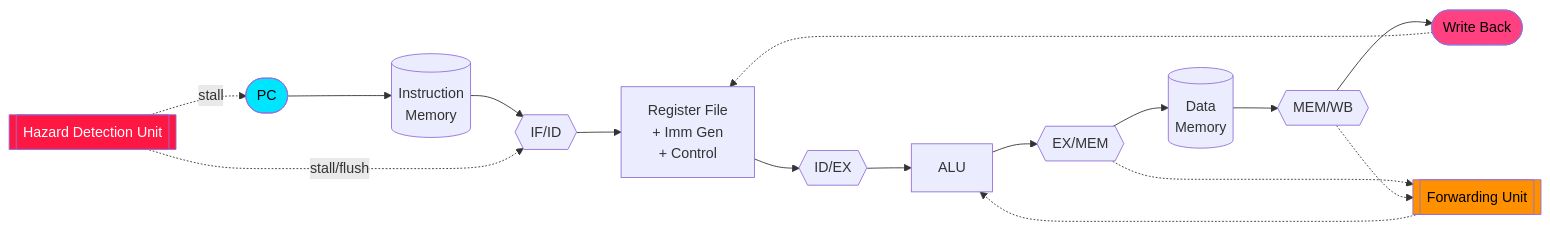
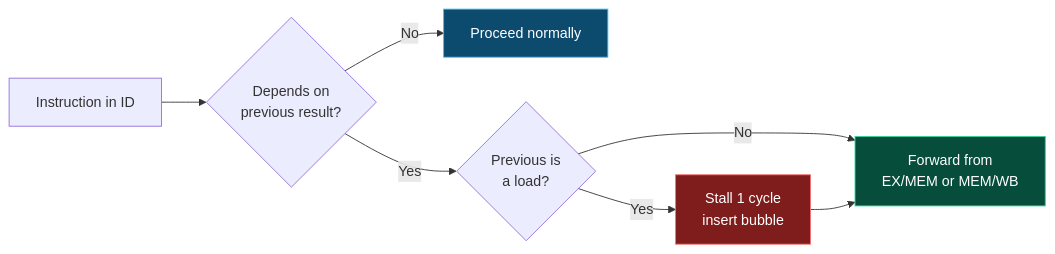
Before and after one commit to Prathameshgirhe/32-bit_RISC-V_5-Stage_Pipelined_Processor: the diagram in README.md, drawn with Mermaid. The commit also changed other lines of this file, not shown here.

````diff
--- a/README.md
+++ b/README.md
@@ -58,22 +87,12 @@
 ```mermaid
 flowchart LR
-    PC([PC]) --> IM[(Instruction<br/>Memory)]
-    IM --> IFID{{IF/ID}}
-    IFID --> RF[Register File<br/>+ Imm Gen<br/>+ Control]
-    RF --> IDEX{{ID/EX}}
-    IDEX --> ALU[ALU]
-    FW[[Forwarding Unit]] -.-> ALU
-    ALU --> EXMEM{{EX/MEM}}
-    EXMEM --> DM[(Data<br/>Memory)]
-    DM --> MEMWB{{MEM/WB}}
-    MEMWB --> WB([Write Back])
-    WB -.-> RF
-    HZ[[Hazard Detection Unit]] -.stall.-> PC
-    HZ -.stall/flush.-> IFID
-    EXMEM -.-> FW
-    MEMWB -.-> FW
-    style PC fill:#00e5ff,color:#000
-    style FW fill:#ff9100,color:#000
-    style HZ fill:#ff1744,color:#fff
-    style WB fill:#ff4081,color:#000
+    A[Instruction in ID] --> B{Depends on<br/>previous result?}
+    B -- No --> C[Proceed normally]
+    B -- Yes --> D{Previous is<br/>a load?}
+    D -- No --> E[Forward from<br/>EX/MEM or MEM/WB]
+    D -- Yes --> F[Stall 1 cycle<br/>insert bubble]
+    F --> E
+    style F fill:#7f1d1d,stroke:#f87171,color:#fff
+    style E fill:#064e3b,stroke:#34d399,color:#fff
+    style C fill:#0c4a6e,stroke:#38bdf8,color:#fff
 ```
````
